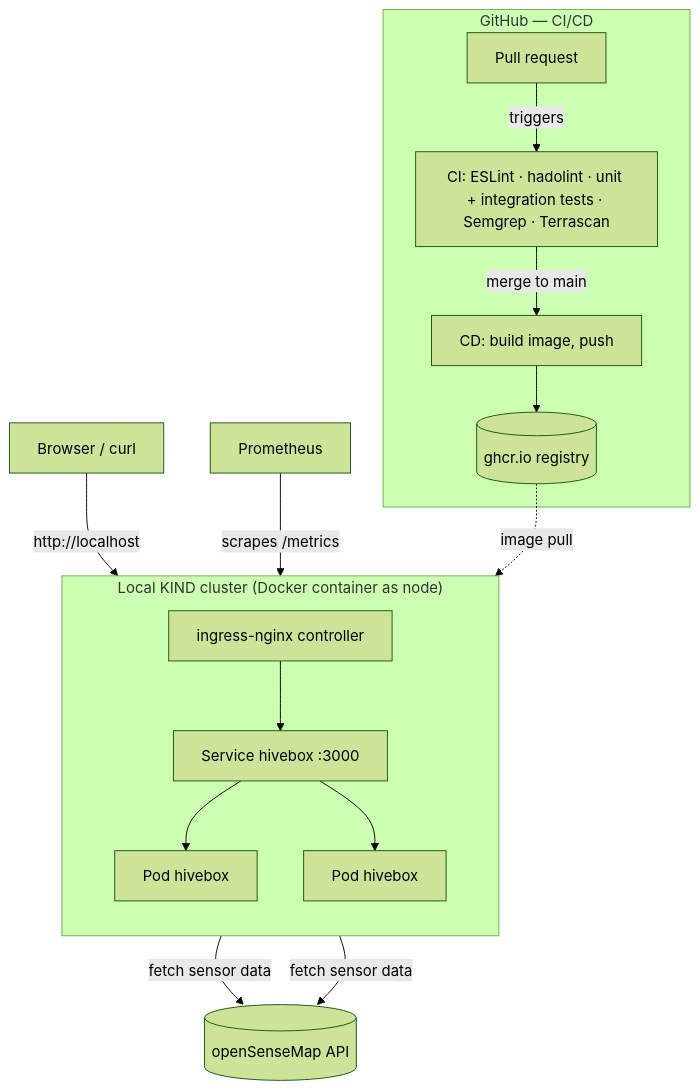
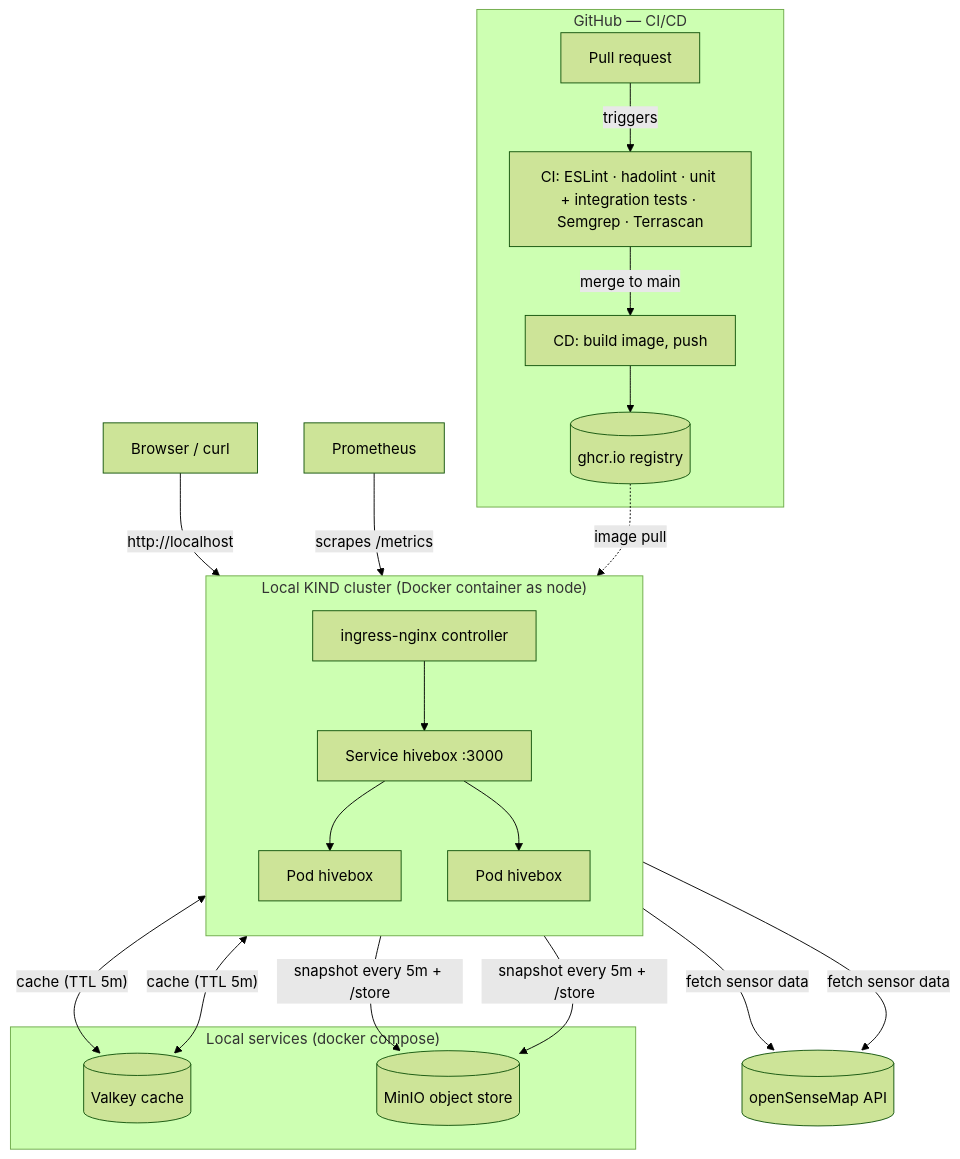
The diagram in README.md (Hydra2113/devops-hands-on-project-hivebox), drawn with Mermaid (forest theme) before and after one commit. The commit also changed other lines of this file, not shown here.

````diff
--- a/README.md
+++ b/README.md
@@ -59,20 +59,27 @@
 ```mermaid
 flowchart TB
     subgraph pipeline["GitHub — CI/CD"]
         PR[Pull request] -->|triggers| CI["CI: ESLint · hadolint · unit + integration tests · Semgrep · Terrascan"]
         CI -->|merge to main| CD["CD: build image, push"]
         CD --> GHCR[("ghcr.io registry")]
     end
 
     subgraph cluster["Local KIND cluster (Docker container as node)"]
         direction TB
         ING[ingress-nginx controller] --> SVC[Service hivebox :3000]
         SVC --> P1[Pod hivebox]
         SVC --> P2[Pod hivebox]
     end
 
+    subgraph compose["Local services (docker compose)"]
+        VK[("Valkey cache")]
+        MIO[("MinIO object store")]
+    end
+
     U[Browser / curl] -->|http://localhost| ING
     P1 & P2 -->|fetch sensor data| OSM[("openSenseMap API")]
+    P1 & P2 <-->|"cache (TTL 5m)"| VK
+    P1 & P2 -->|"snapshot every 5m + /store"| MIO
     PROM[Prometheus] -->|scrapes /metrics| ING
     GHCR -.->|image pull| cluster
 ```
````
